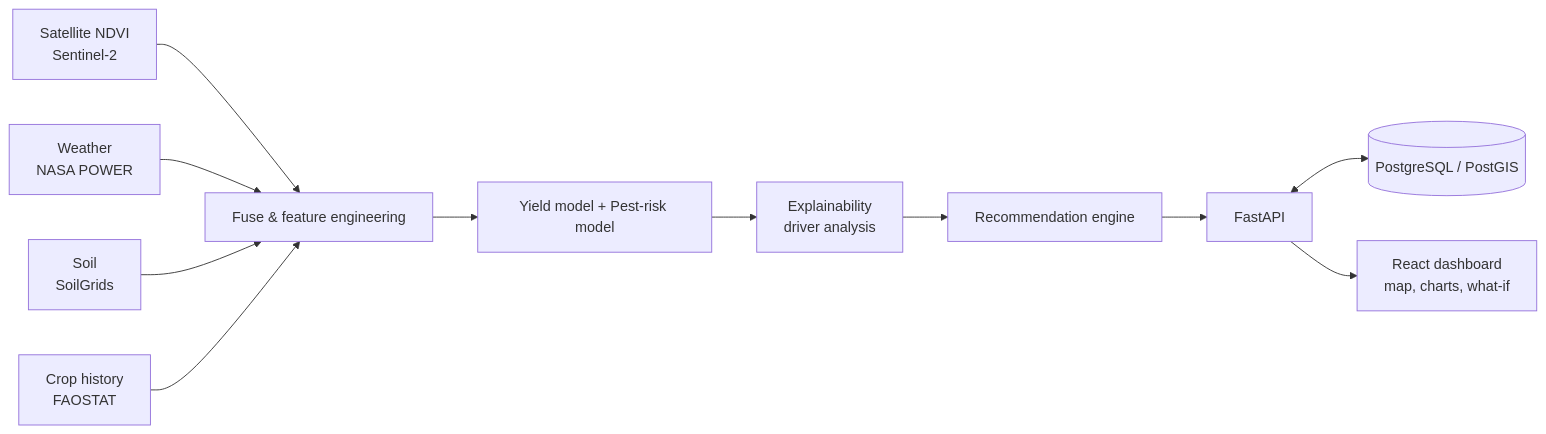
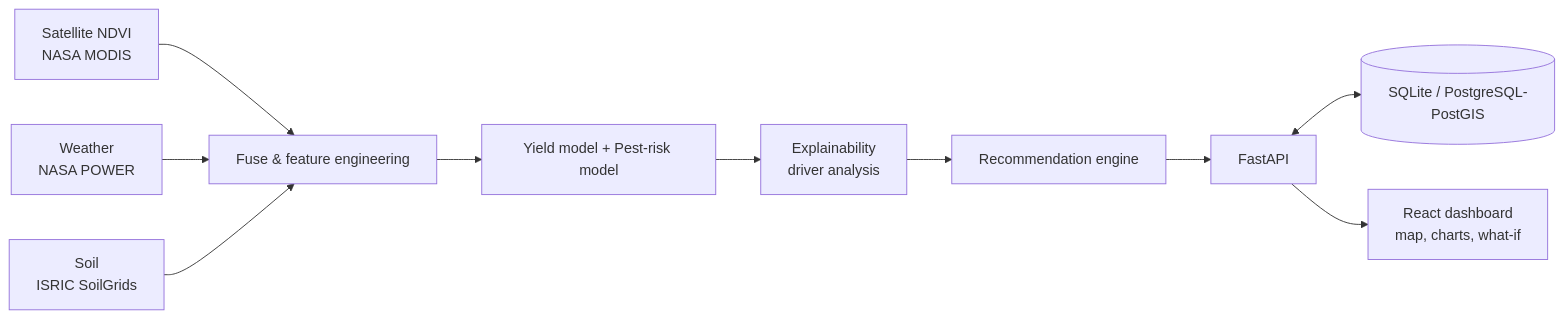
One commit to pandirisiva234-pixel/agripulse changed the diagram in README.md. Above: the diagram before and after it, drawn with Mermaid. The commit also changed other lines of this file, not shown here.

````diff
--- a/README.md
+++ b/README.md
@@ -29,13 +43,12 @@
 ```mermaid
 flowchart LR
-  A[Satellite NDVI<br/>Sentinel-2] --> F
+  A[Satellite NDVI<br/>NASA MODIS] --> F
   B[Weather<br/>NASA POWER] --> F
-  C[Soil<br/>SoilGrids] --> F
-  D[Crop history<br/>FAOSTAT] --> F
+  C[Soil<br/>ISRIC SoilGrids] --> F
   F[Fuse & feature engineering] --> M[Yield model + Pest-risk model]
   M --> X[Explainability<br/>driver analysis]
   X --> R[Recommendation engine]
   R --> API[FastAPI]
-  API <--> DB[(PostgreSQL / PostGIS)]
+  API <--> DB[(SQLite / PostgreSQL-PostGIS)]
   API --> UI[React dashboard<br/>map, charts, what-if]
 ```
````
